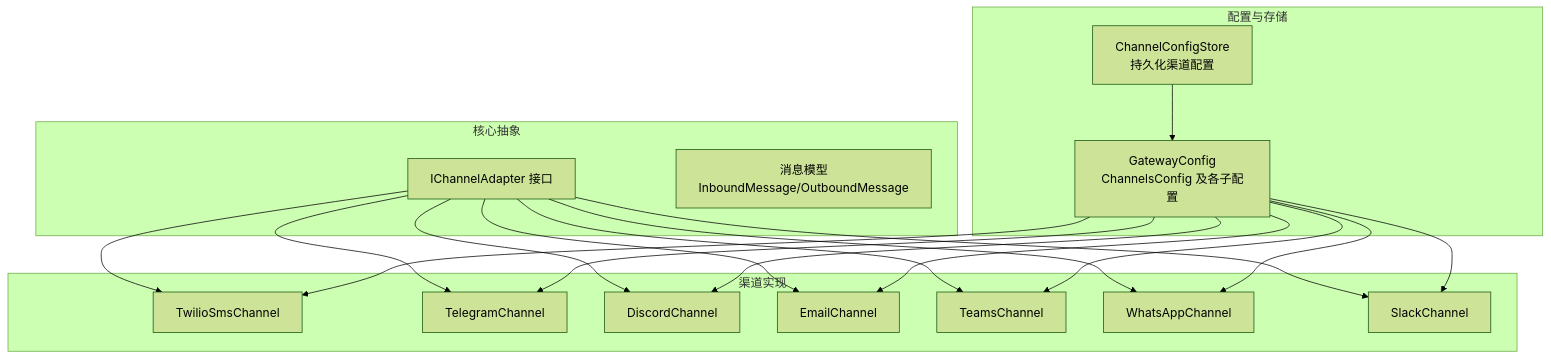
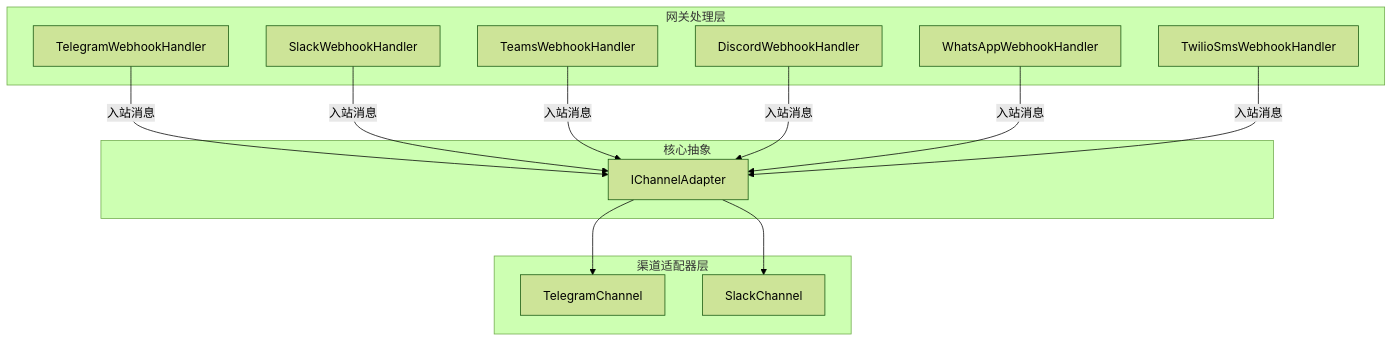
Before and after one commit to wayyet/kingcrab: the first of 9 diagrams in .qoder/repowiki/zh/content/通信渠道/通信渠道.md, drawn with Mermaid (forest theme). The commit also changed other lines of this file and 431 other files, not shown here.

````diff
--- a/.qoder/repowiki/zh/content/通信渠道/通信渠道.md
+++ b/.qoder/repowiki/zh/content/通信渠道/通信渠道.md
@@ -45,35 +36,26 @@
 ```mermaid
 graph TB
+subgraph "渠道适配器层"
+TC["TelegramChannel"]
+SC["SlackChannel"]
+end
+subgraph "网关处理层"
+TWH["TelegramWebhookHandler"]
+SWH["SlackWebhookHandler"]
+TWK["TeamsWebhookHandler"]
+DWK["DiscordWebhookHandler"]
+WWH["WhatsAppWebhookHandler"]
+SMS["TwilioSmsWebhookHandler"]
+end
 subgraph "核心抽象"
-ICA["IChannelAdapter 接口"]
-MSG["消息模型<br/>InboundMessage/OutboundMessage"]
+ICA["IChannelAdapter"]
 end
-subgraph "渠道实现"
-SMS["TwilioSmsChannel"]
-TG["TelegramChannel"]
-DC["DiscordChannel"]
-EM["EmailChannel"]
-TM["TeamsChannel"]
-WA["WhatsAppChannel"]
-SL["SlackChannel"]
-end
-subgraph "配置与存储"
-CFG["GatewayConfig<br/>ChannelsConfig 及各子配置"]
-STORE["ChannelConfigStore<br/>持久化渠道配置"]
-end
-ICA --> SMS
-ICA --> TG
-ICA --> DC
-ICA --> EM
-ICA --> TM
-ICA --> WA
-ICA --> SL
-CFG --> SMS
-CFG --> TG
-CFG --> DC
-CFG --> EM
-CFG --> TM
-CFG --> WA
-CFG --> SL
-STORE --> CFG
+ICA --> TC
+ICA --> SC
+TWH --> |"入站消息"| ICA
+SWH --> |"入站消息"| ICA
+TWK --> |"入站消息"| ICA
+DWK --> |"入站消息"| ICA
+WWH --> |"入站消息"| ICA
+SMS --> |"入站消息"| ICA
 ```
````
